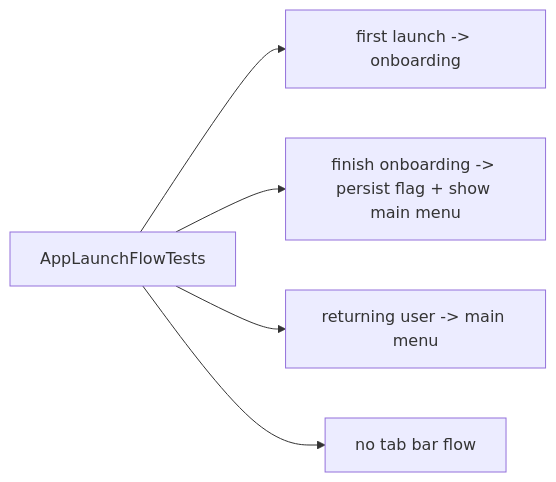
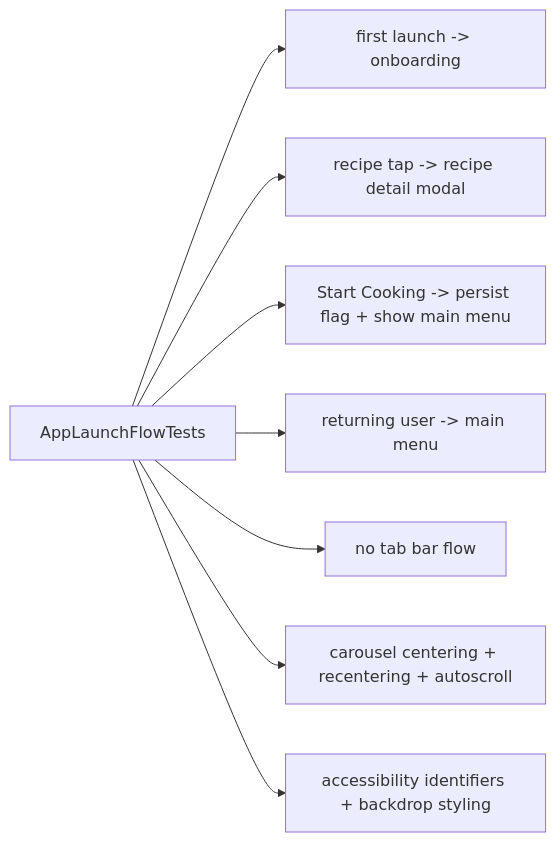
One commit to bengidev/ios_mrr_learning_project changed the sixth of 6 diagrams in ARCHITECTURE.md. Above: the diagram before and after it, drawn with Mermaid. The commit also changed other lines of this file and 5 other files, not shown here.

Commit message:
Update onboarding carousel backdrop and docs

````diff
--- a/ARCHITECTURE.md
+++ b/ARCHITECTURE.md
@@ -175,13 +204,19 @@
 ```mermaid
 flowchart LR
   tests["AppLaunchFlowTests"]
   first["first launch -> onboarding"]
-  finish["finish onboarding -> persist flag + show main menu"]
+  detail["recipe tap -> recipe detail modal"]
+  finish["Start Cooking -> persist flag + show main menu"]
   returning["returning user -> main menu"]
   noTabs["no tab bar flow"]
+  carousel["carousel centering + recentering + autoscroll"]
+  a11y["accessibility identifiers + backdrop styling"]
 
   tests --> first
+  tests --> detail
   tests --> finish
   tests --> returning
   tests --> noTabs
+  tests --> carousel
+  tests --> a11y
 ```
````
